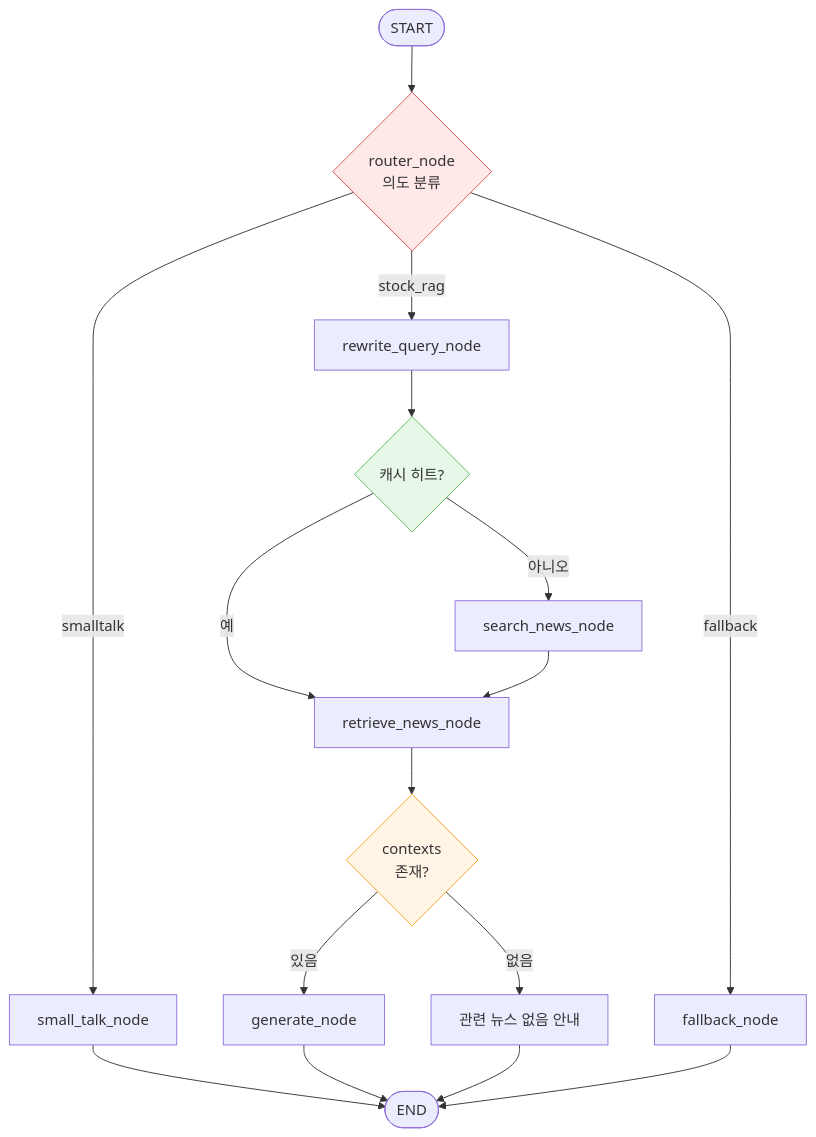
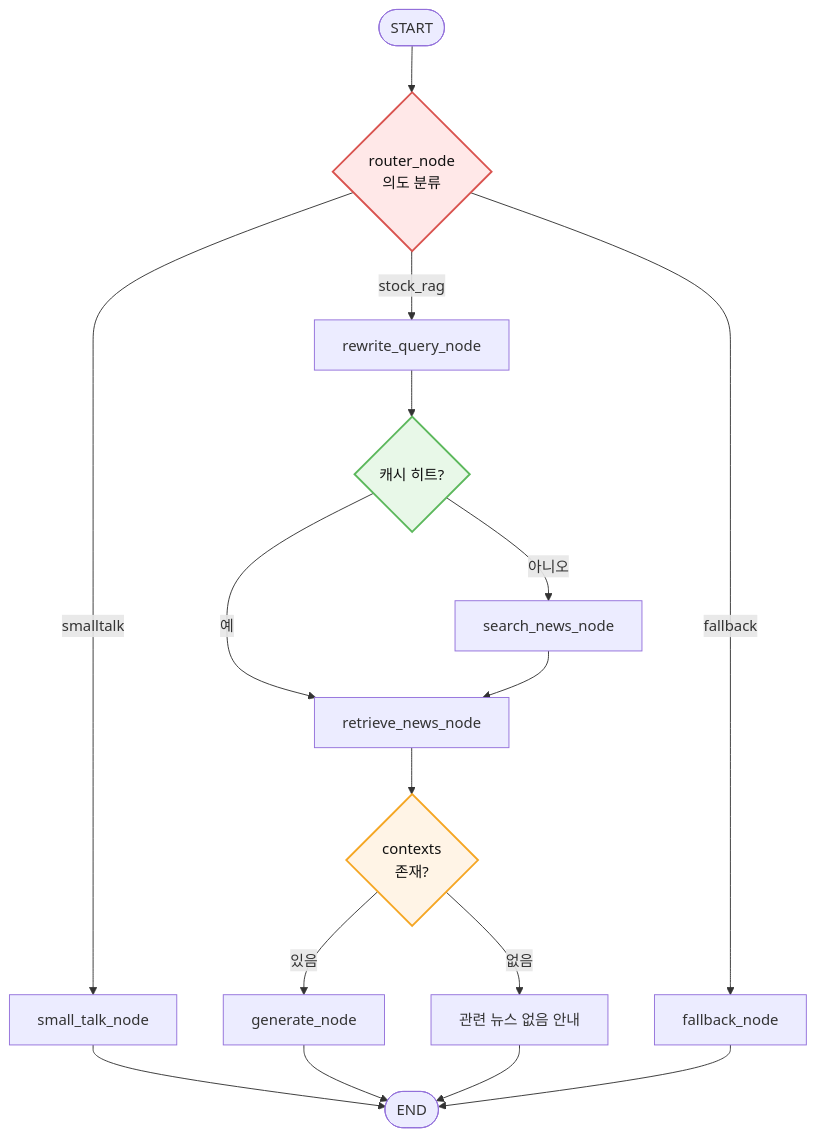
One commit to Dongju-00/eric-chatagent changed the sixth of 10 diagrams in README.md. Above: the diagram before and after it, drawn with Mermaid. The commit also changed other lines of this file, not shown here.

````diff
--- a/README.md
+++ b/README.md
@@ -271,25 +274,25 @@
 ```mermaid
 flowchart TD
     START([START]) --> Router{router_node<br/>의도 분류}
 
     Router -->|smalltalk| ST[small_talk_node]
     Router -->|stock_rag| RW[rewrite_query_node]
     Router -->|fallback| FB[fallback_node]
 
     RW --> CA{캐시 히트?}
     CA -->|예| RN[retrieve_news_node]
     CA -->|아니오| SN[search_news_node]
     SN --> RN
     RN --> GEN{contexts<br/>존재?}
     GEN -->|있음| G[generate_node]
     GEN -->|없음| NF[관련 뉴스 없음 안내]
 
     ST --> E([END])
     G --> E
     NF --> E
     FB --> E
 
-    style Router fill:#ffe8e8,stroke:#d9534f
-    style CA fill:#e8f8e8,stroke:#5cb85c
-    style GEN fill:#fff4e6,stroke:#f5a623
+    style Router fill:#ffe8e8,stroke:#d9534f,stroke-width:2px,color:#111111
+    style CA fill:#e8f8e8,stroke:#5cb85c,stroke-width:2px,color:#111111
+    style GEN fill:#fff4e6,stroke:#f5a623,stroke-width:2px,color:#111111
 ```
````
